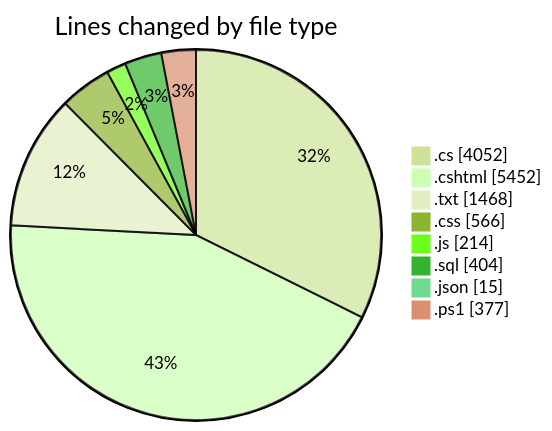
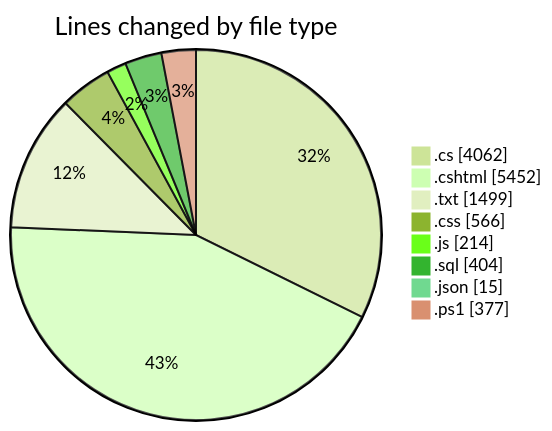
Before and after one commit to lephambinh05/code-tracking: the first of 2 diagrams in 2025-07-28/quanlyrapchieuphim-1/README.md, drawn with Mermaid (forest theme). The commit also changed other lines of this file and 1 other file, not shown here.

````diff
--- a/2025-07-28/quanlyrapchieuphim-1/README.md
+++ b/2025-07-28/quanlyrapchieuphim-1/README.md
@@ -57,12 +57,12 @@
 ```mermaid
 pie showData
 title Lines changed by file type
-".cs" : 4052
+".cs" : 4062
 ".cshtml" : 5452
-".txt" : 1468
+".txt" : 1499
 ".css" : 566
 ".js" : 214
 ".sql" : 404
 ".json" : 15
 ".ps1" : 377
 ```
````
